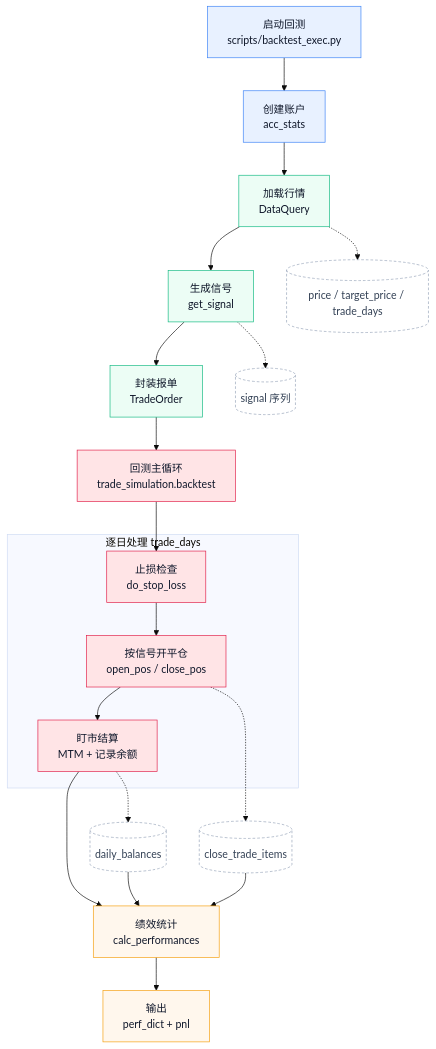
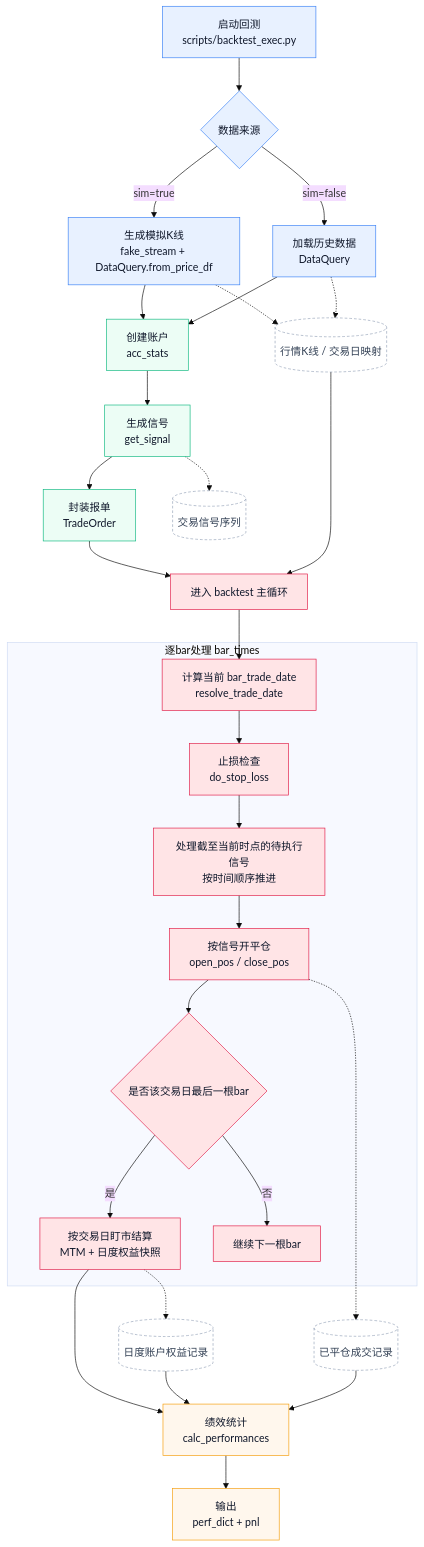
One commit to tina-wen/quant_trade changed the diagram in README.md. Above: the diagram before and after it, drawn with Mermaid (base theme). The commit also changed other lines of this file and 3 other files, not shown here.

````diff
--- a/README.md
+++ b/README.md
@@ -110,36 +110,45 @@
 ```mermaid
 flowchart TB
-  A[启动回测<br/>scripts/backtest_exec.py] --> B[创建账户<br/>acc_stats]
-  B --> C[加载行情<br/>DataQuery]
+  A[启动回测<br/>scripts/backtest_exec.py] --> A1{数据来源}
+  A1 -->|sim=true| B1[生成模拟K线<br/>fake_stream + DataQuery.from_price_df]
+  A1 -->|sim=false| B2[加载历史数据<br/>DataQuery]
+  B1 --> C[创建账户<br/>acc_stats]
+  B2 --> C
   C --> D[生成信号<br/>get_signal]
   D --> E[封装报单<br/>TradeOrder]
-  E --> F[回测主循环<br/>trade_simulation.backtest]
+  E --> F[进入 backtest 主循环]
 
-  subgraph LOOP[逐日处理 trade_days]
-    F1[止损检查<br/>do_stop_loss] --> F2[按信号开平仓<br/>open_pos / close_pos]
-    F2 --> F3[盯市结算<br/>MTM + 记录余额]
+  subgraph LOOP[逐bar处理 bar_times]
+    F1[计算当前 bar_trade_date<br/>resolve_trade_date] --> F2[止损检查<br/>do_stop_loss]
+    F2 --> F3[处理截至当前时点的待执行信号<br/>按时间顺序推进]
+    F3 --> F4[按信号开平仓<br/>open_pos / close_pos]
+    F4 --> F5{是否该交易日最后一根bar}
+    F5 -->|是| F6[按交易日盯市结算<br/>MTM + 日度权益快照]
+    F5 -->|否| F7[继续下一根bar]
   end
 
   F --> F1
-  F3 --> G[绩效统计<br/>calc_performances]
+  F6 --> G[绩效统计<br/>calc_performances]
   G --> H[输出<br/>perf_dict + pnl]
 
-  C -.-> X1[(price / target_price / trade_days)]
-  D -.-> X2[(signal 序列)]
-  F3 -.-> X3[(daily_balances)]
-  F2 -.-> X4[(close_trade_items)]
+  B1 -.-> X0[(行情K线 / 交易日映射)]
+  B2 -.-> X0
+  D -.-> X2[(交易信号序列)]
+  F6 -.-> X3[(日度账户权益记录)]
+  F4 -.-> X4[(已平仓成交记录)]
+  X0 --> F
   X3 --> G
   X4 --> G
 
   classDef s1 fill:#E8F1FF,stroke:#3B82F6,color:#0F172A;
   classDef s2 fill:#ECFDF5,stroke:#10B981,color:#0F172A;
   classDef s3 fill:#FFF7ED,stroke:#F59E0B,color:#0F172A;
   classDef s4 fill:#FFE4E6,stroke:#E11D48,color:#0F172A;
   classDef data fill:#FFFFFF,stroke:#94A3B8,stroke-dasharray:4 3,color:#334155;
 
-  class A,B s1;
+  class A,A1,B1,B2 s1;
   class C,D,E s2;
-  class F,F1,F2,F3 s4;
+  class F,F1,F2,F3,F4,F5,F6,F7 s4;
   class G,H s3;
-  class X1,X2,X3,X4 data;
+  class X0,X2,X3,X4 data;
 ```
````
